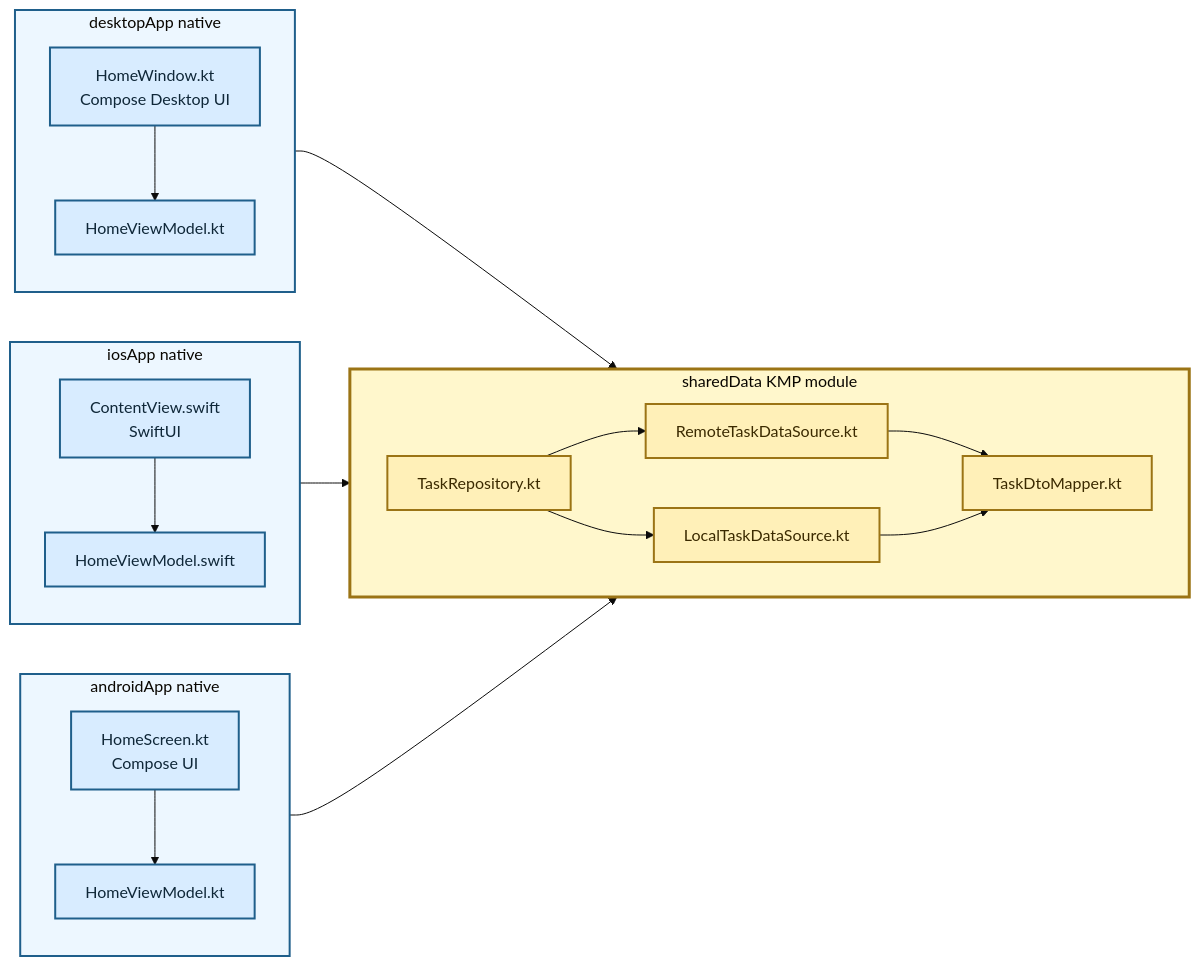
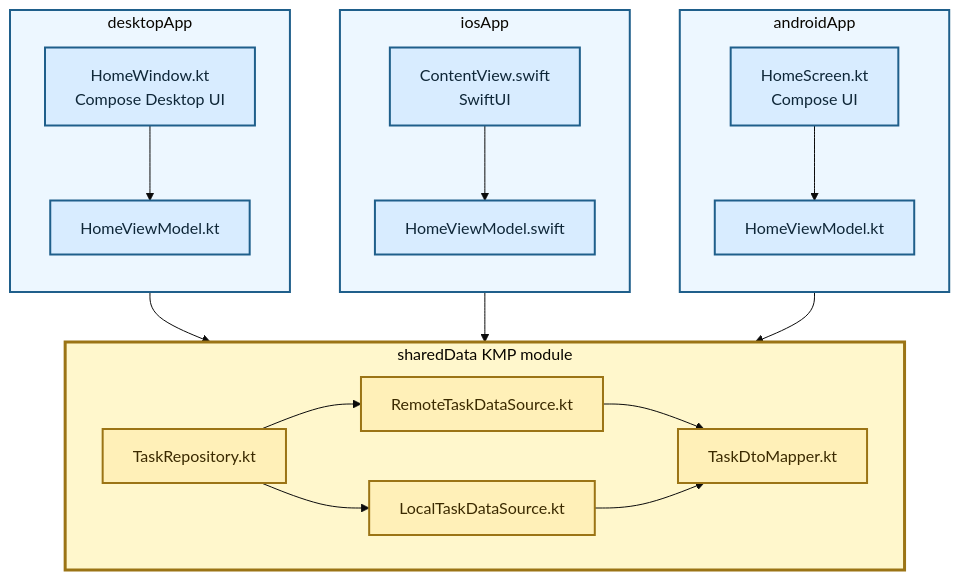
One commit to TheSetox/kmp-sample-diagrams changed the diagram in diagrams/05-kmp-data-layer.md. Above: the diagram before and after it, drawn with Mermaid (base theme). The commit also changed 19 other files, not shown here.

Commit message:
docs: align platform diagram boxes

````diff
--- a/diagrams/05-kmp-data-layer.md
+++ b/diagrams/05-kmp-data-layer.md
@@ -5,48 +5,48 @@
 ```mermaid
-flowchart LR
-  subgraph Android["androidApp native"]
+flowchart TB
+  subgraph Android["androidApp"]
     direction TB
     AUI["HomeScreen.kt\nCompose UI"]
     AVM["HomeViewModel.kt"]
     AUI --> AVM
   end
 
-  subgraph IOS["iosApp native"]
+  subgraph IOS["iosApp"]
     direction TB
     IUI["ContentView.swift\nSwiftUI"]
     IVM["HomeViewModel.swift"]
     IUI --> IVM
   end
 
-  subgraph Desktop["desktopApp native"]
+  subgraph Desktop["desktopApp"]
     direction TB
     DUI["HomeWindow.kt\nCompose Desktop UI"]
     DVM["HomeViewModel.kt"]
     DUI --> DVM
   end
 
   subgraph KMP["sharedData KMP module"]
     direction LR
     Repository["TaskRepository.kt"]
     Remote["RemoteTaskDataSource.kt"]
     Cache["LocalTaskDataSource.kt"]
     Mapper["TaskDtoMapper.kt"]
     Repository --> Remote
     Repository --> Cache
     Remote --> Mapper
     Cache --> Mapper
   end
 
   AVM --> Repository
   IVM --> Repository
   DVM --> Repository
 
   classDef app fill:#d8ecff,stroke:#1f5f8b,color:#0f2738,stroke-width:2px;
   classDef kmp fill:#fff0b8,stroke:#9b7415,color:#3b2a00,stroke-width:2px;
   class AUI,AVM,IUI,IVM,DUI,DVM app;
   class Repository,Remote,Cache,Mapper kmp;
   style Android fill:#edf7ff,stroke:#1f5f8b,stroke-width:2px
   style IOS fill:#edf7ff,stroke:#1f5f8b,stroke-width:2px
   style Desktop fill:#edf7ff,stroke:#1f5f8b,stroke-width:2px
   style KMP fill:#fff7cc,stroke:#9b7415,stroke-width:3px
 ```
````
